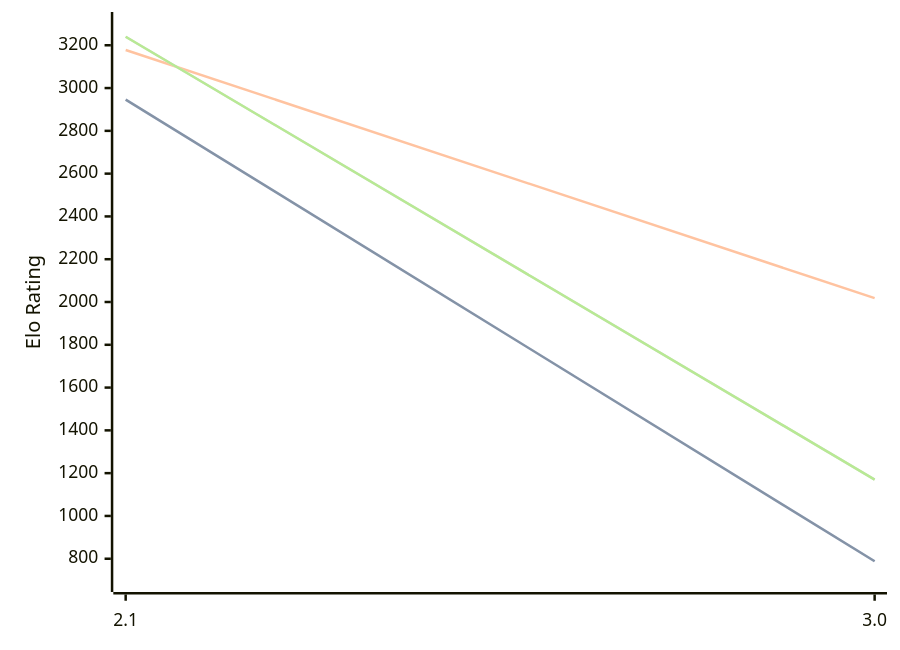
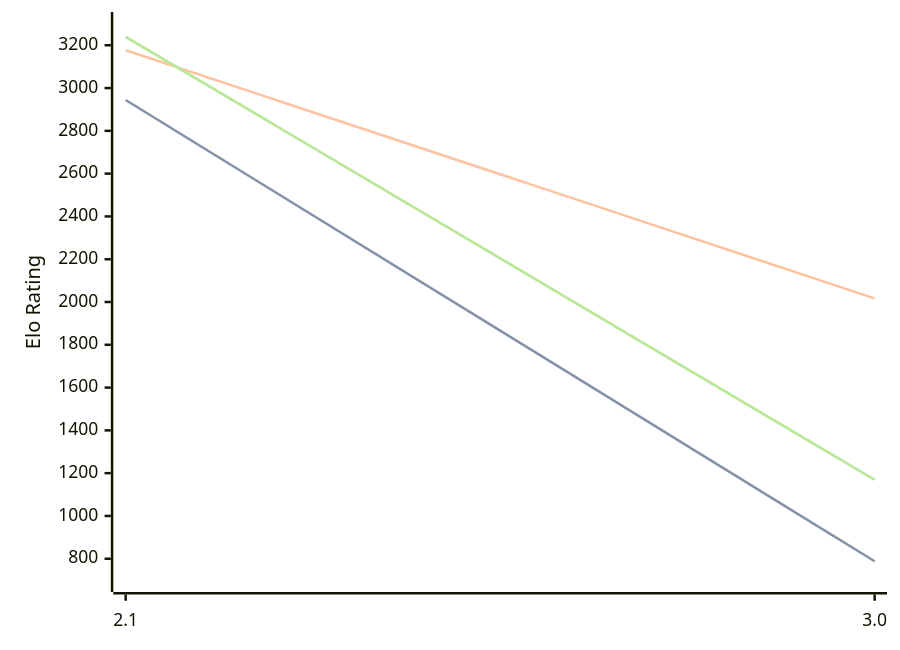
The first of 3 diagrams in engines/Quirky.md (computer-chess-index/cci), drawn with Mermaid before and after one commit. The commit also changed other lines of this file, not shown here.

Commit message:
Update CCI Ratings (ELO VLTC) - 2026-06-27

````diff
--- a/engines/Quirky.md
+++ b/engines/Quirky.md
@@ -34,11 +34,11 @@
 ```mermaid
 %%{init: {"theme":"base","themeVariables":{"seriesColors:['#a3a3a3','#222221','#faa371']}}}%%
 xychart-beta
   x-axis ["2.1", "3.0"]
   y-axis "Elo Rating" 700 --> 3300
-  line "STC (8.0+0.08s)" [2946, 788]
-  line "STC (8.0+0.08s)" [2946, 788]
-  line "LTC (60.0+0.60s)" [3178, 2018]
-  line "VLTC (2m24s+1.12s)" [3240, 1170]
-  line "VLTC (2m24s+1.12s)" [3240, 1170]
+  line "STC (8.0+0.08s)" [2944, 788]
+  line "STC (8.0+0.08s)" [2944, 788]
+  line "LTC (60.0+0.60s)" [3177, 2017]
+  line "VLTC (2m24s+1.12s)" [3239, 1169]
+  line "VLTC (2m24s+1.12s)" [3239, 1169]
 ```
````
